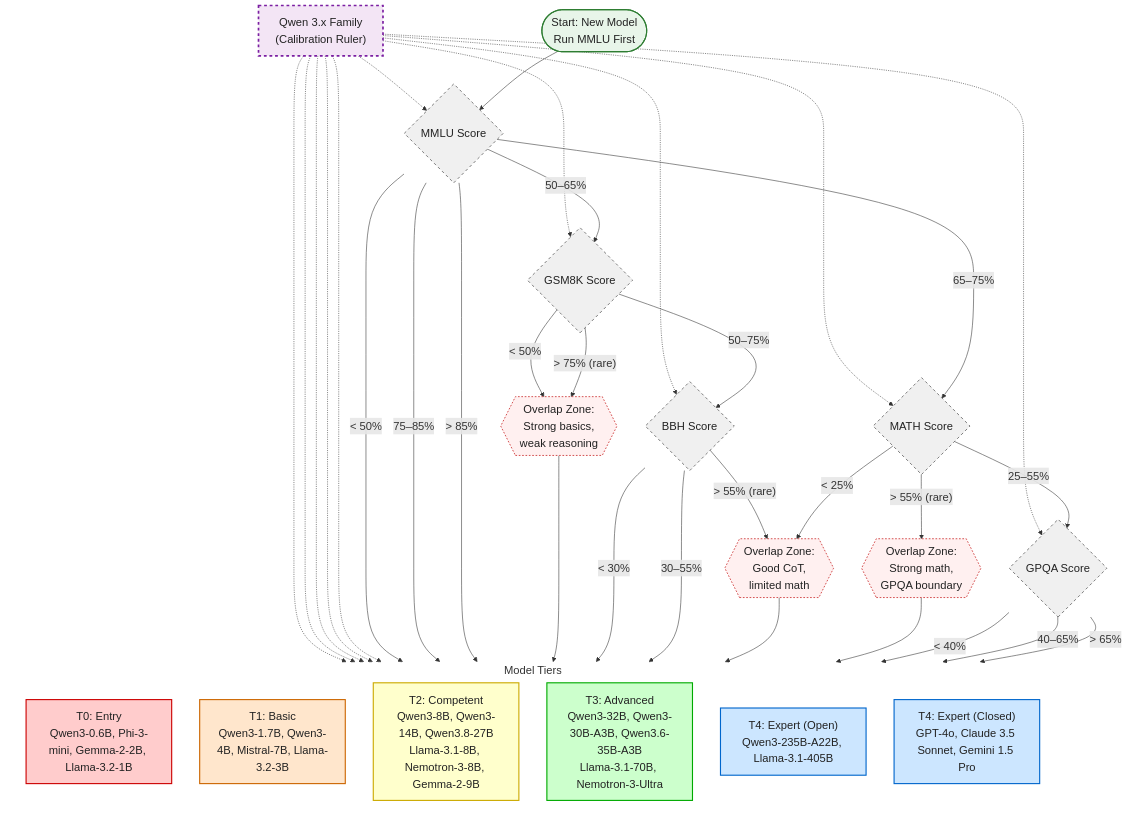
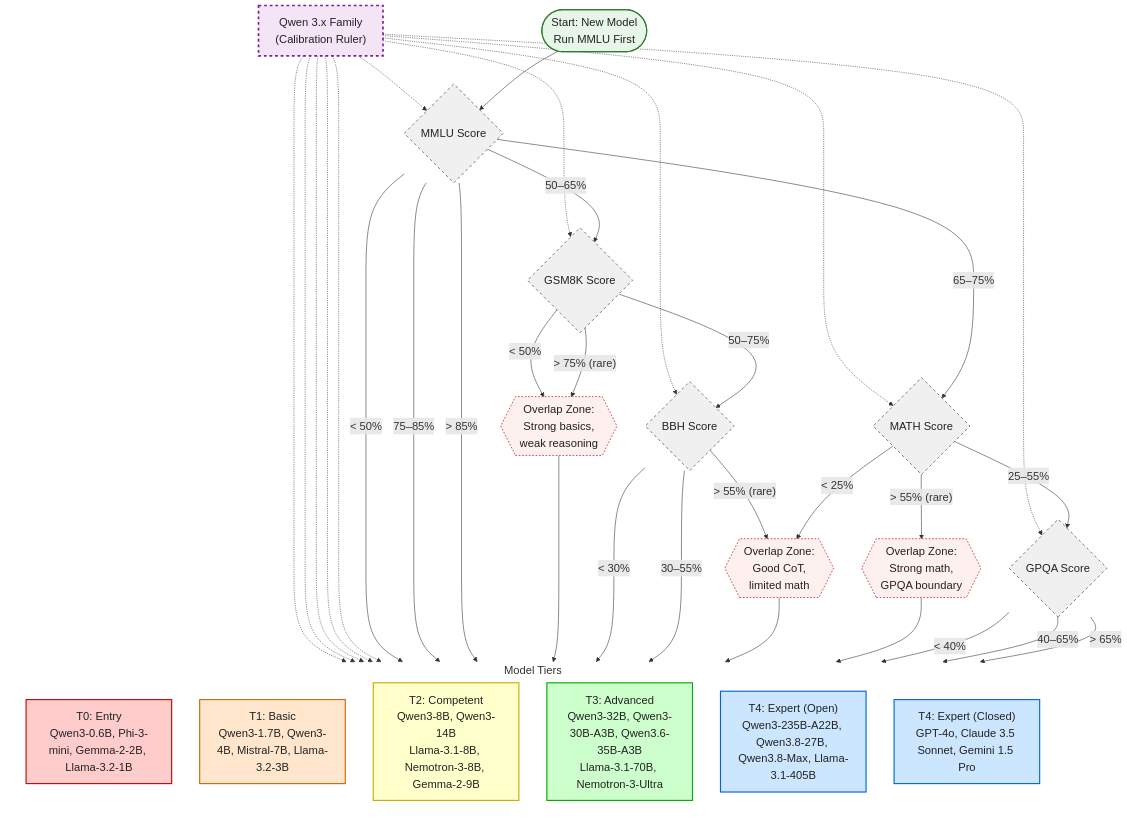
One commit to cjl4hd/engineering-flow-charts changed the diagram in llm-reasoning-benchmarks.md. Above: the diagram before and after it, drawn with Mermaid. The commit also changed other lines of this file, not shown here.

Commit message:
Remove Diagram 2, move Qwen3.8-27B to T4, add Qwen3.8-Max to T4, update Diagram 1

```diff
--- a/llm-reasoning-benchmarks.md
+++ b/llm-reasoning-benchmarks.md
@@ -58,9 +58,9 @@
         direction TB
         T0[T0: Entry\nQwen3-0.6B, Phi-3-mini, Gemma-2-2B, Llama-3.2-1B]
         T1[T1: Basic\nQwen3-1.7B, Qwen3-4B, Mistral-7B, Llama-3.2-3B]
-        T2[T2: Competent\nQwen3-8B, Qwen3-14B, Qwen3.8-27B\nLlama-3.1-8B, Nemotron-3-8B, Gemma-2-9B]
+        T2[T2: Competent\nQwen3-8B, Qwen3-14B\nLlama-3.1-8B, Nemotron-3-8B, Gemma-2-9B]
         T3[T3: Advanced\nQwen3-32B, Qwen3-30B-A3B, Qwen3.6-35B-A3B\nLlama-3.1-70B, Nemotron-3-Ultra]
-        T4open["T4: Expert (Open)\nQwen3-235B-A22B, Llama-3.1-405B"]
+        T4open["T4: Expert (Open)\nQwen3-235B-A22B, Qwen3.8-27B, Qwen3.8-Max, Llama-3.1-405B"]
         T4closed["T4: Expert (Closed)\nGPT-4o, Claude 3.5 Sonnet, Gemini 1.5 Pro"]
     end
     
```
